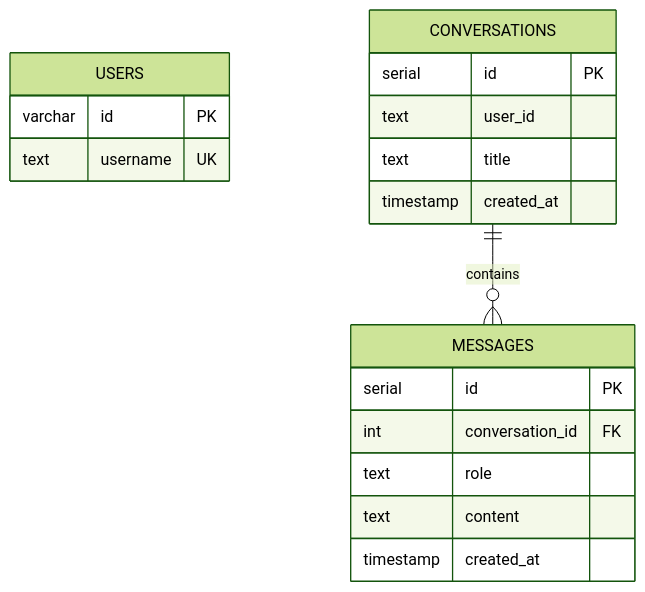
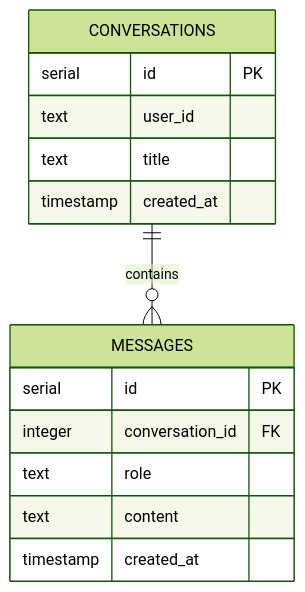
The fifth of 6 diagrams in docs/production-readiness/SYSTEM_ASSESSMENT.md (ChaosClubCo/Infinite-Heros-Bedtime-Chronicles-v5), drawn with Mermaid (forest theme) before and after one commit. The commit also changed other lines of this file, not shown here.

````diff
--- a/docs/production-readiness/SYSTEM_ASSESSMENT.md
+++ b/docs/production-readiness/SYSTEM_ASSESSMENT.md
@@ -307,21 +312,17 @@
 ```mermaid
 erDiagram
-    USERS {
-      varchar id PK
-      text username UK
-    }
-    CONVERSATIONS {
-      serial id PK
-      text user_id
-      text title
-      timestamp created_at
-    }
-    MESSAGES {
-      serial id PK
-      int conversation_id FK
-      text role
-      text content
-      timestamp created_at
-    }
-    CONVERSATIONS ||--o{ MESSAGES : contains
+  CONVERSATIONS ||--o{ MESSAGES : contains
+  CONVERSATIONS {
+    serial id PK
+    text user_id
+    text title
+    timestamp created_at
+  }
+  MESSAGES {
+    serial id PK
+    integer conversation_id FK
+    text role
+    text content
+    timestamp created_at
+  }
 ```
````
